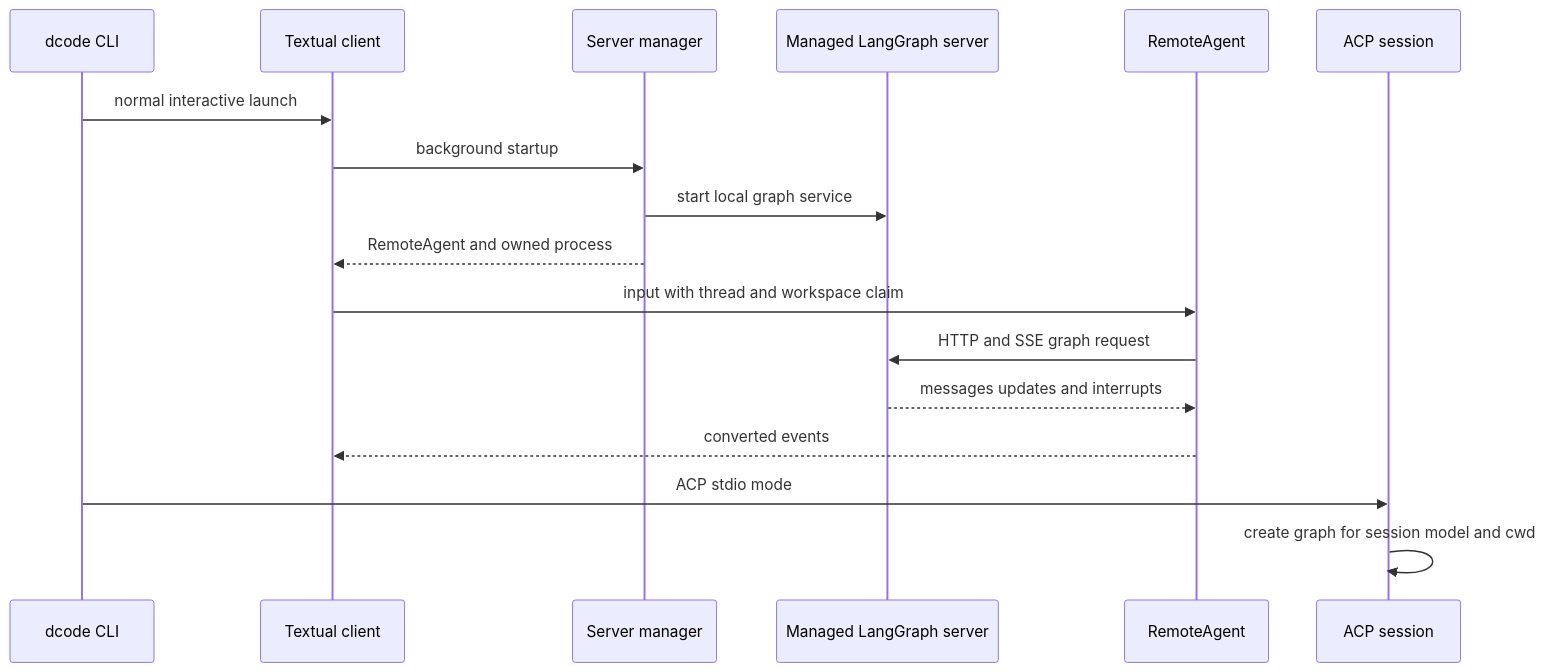
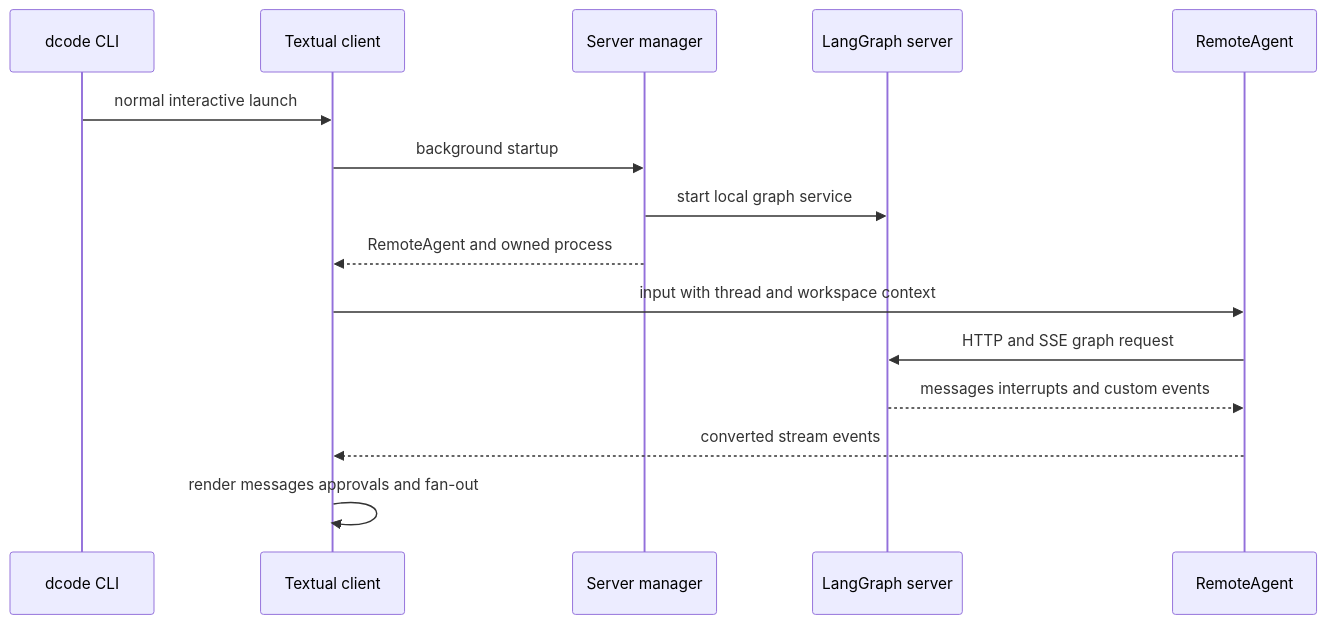
The first of 3 diagrams in openwiki/architecture/code-agent.md (langchain-ai/deepagents), drawn with Mermaid before and after one commit. The commit also changed other lines of this file and 32 other files, not shown here.

````diff
--- a/openwiki/architecture/code-agent.md
+++ b/openwiki/architecture/code-agent.md
@@ -63,19 +79,17 @@
 ```mermaid
 sequenceDiagram
     participant CLI as dcode CLI
     participant TUI as Textual client
     participant Launch as Server manager
-    participant Server as Managed LangGraph server
+    participant Server as LangGraph server
     participant Remote as RemoteAgent
-    participant ACP as ACP session
     CLI->>TUI: normal interactive launch
     TUI->>Launch: background startup
     Launch->>Server: start local graph service
     Launch-->>TUI: RemoteAgent and owned process
-    TUI->>Remote: input with thread and workspace claim
+    TUI->>Remote: input with thread and workspace context
     Remote->>Server: HTTP and SSE graph request
-    Server-->>Remote: messages updates and interrupts
-    Remote-->>TUI: converted events
-    CLI->>ACP: ACP stdio mode
-    ACP->>ACP: create graph for session model and cwd
+    Server-->>Remote: messages interrupts and custom events
+    Remote-->>TUI: converted stream events
+    TUI->>TUI: render messages approvals and fan-out
 ```
````
